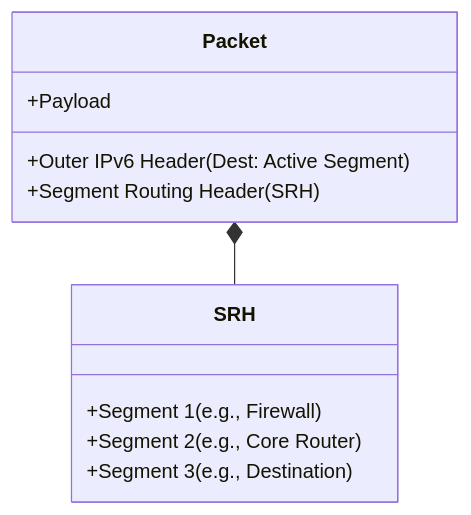
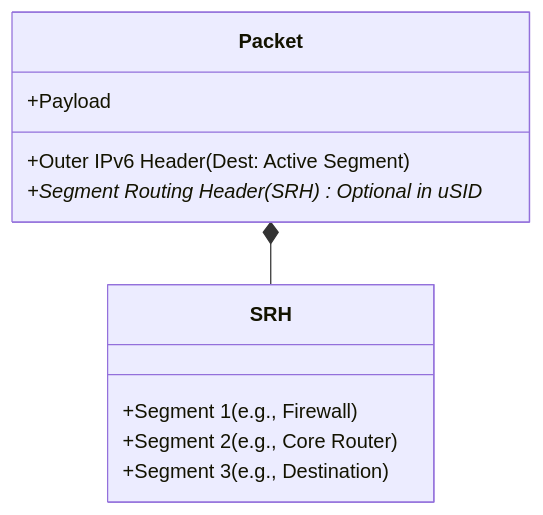
One commit to roie9876/SASE changed the first of 3 diagrams in README.md. Above: the diagram before and after it, drawn with Mermaid. The commit also changed other lines of this file, not shown here.

Commit message:
docs: integrate Cisco uSID concepts

````diff
--- a/README.md
+++ b/README.md
@@ -40,14 +45,14 @@
 ```mermaid
 classDiagram
     class Packet {
         +Outer IPv6 Header (Dest: Active Segment)
-        +Segment Routing Header (SRH)
+        +Segment Routing Header (SRH)* Optional in uSID
         +Payload
     }
     class SRH {
         +Segment 1 (e.g., Firewall)
         +Segment 2 (e.g., Core Router)
         +Segment 3 (e.g., Destination)
     }
     Packet *-- SRH
 ```
````
